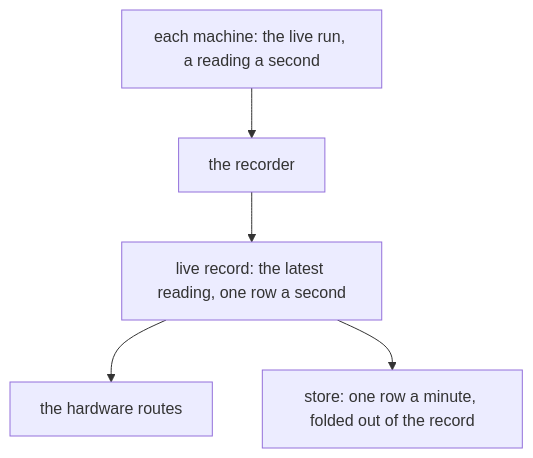
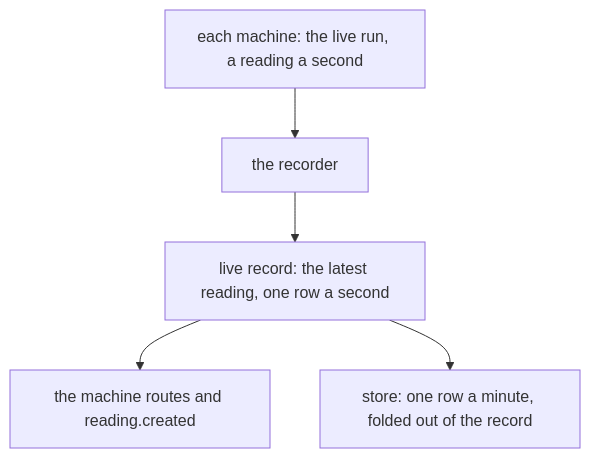
One commit to ahas/bmo-node changed the diagram in docs/hardware.md. Above: the diagram before and after it, drawn with Mermaid. The commit also changed other lines of this file and 93 other files, not shown here.

````diff
--- a/docs/hardware.md
+++ b/docs/hardware.md
@@ -187,7 +186,7 @@
 ```mermaid
 flowchart TD
   M[each machine: the live run, a reading a second] --> B[the recorder]
   B --> R[live record: the latest reading, one row a second]
-  R --> A[the hardware routes]
+  R --> A[the machine routes and reading.created]
   R --> H[store: one row a minute, folded out of the record]
 ```
````
